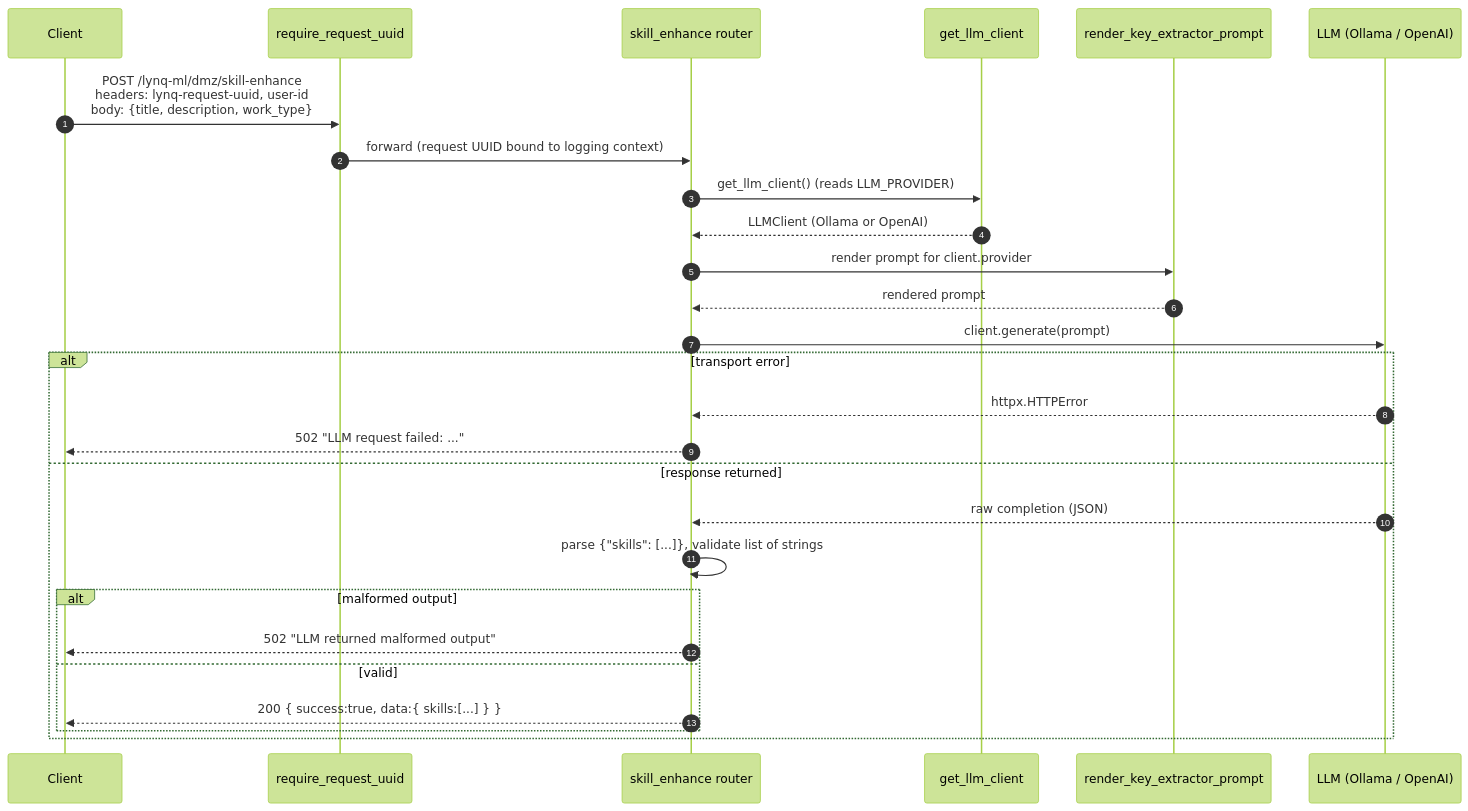
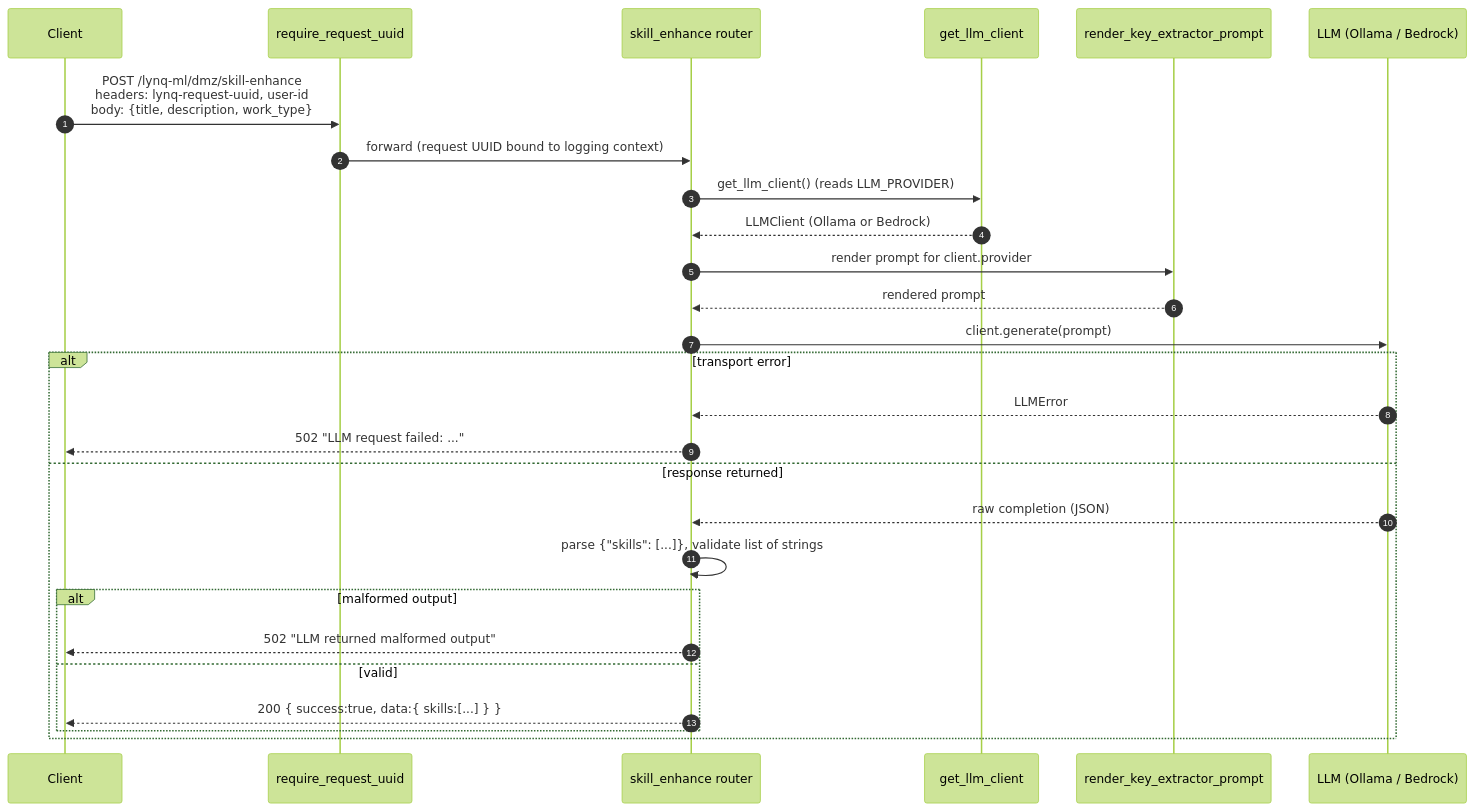
Before and after one commit to MatLock/UdeSA-lynq: the diagram in lynq-ml/README.md, drawn with Mermaid (forest theme). The commit also changed other lines of this file and 57 other files, not shown here.

````diff
--- a/lynq-ml/README.md
+++ b/lynq-ml/README.md
@@ -123,30 +123,30 @@
 ```mermaid
 sequenceDiagram
     autonumber
     participant C as Client
     participant M as require_request_uuid
     participant R as skill_enhance router
     participant F as get_llm_client
     participant P as render_key_extractor_prompt
-    participant L as LLM (Ollama / OpenAI)
+    participant L as LLM (Ollama / Bedrock)
 
     C->>M: POST /lynq-ml/dmz/skill-enhance<br/>headers: lynq-request-uuid, user-id<br/>body: {title, description, work_type}
     M->>R: forward (request UUID bound to logging context)
     R->>F: get_llm_client()  (reads LLM_PROVIDER)
-    F-->>R: LLMClient (Ollama or OpenAI)
+    F-->>R: LLMClient (Ollama or Bedrock)
     R->>P: render prompt for client.provider
     P-->>R: rendered prompt
     R->>L: client.generate(prompt)
     alt transport error
-        L-->>R: httpx.HTTPError
+        L-->>R: LLMError
         R-->>C: 502 "LLM request failed: ..."
     else response returned
         L-->>R: raw completion (JSON)
         R->>R: parse {"skills": [...]}, validate list of strings
         alt malformed output
             R-->>C: 502 "LLM returned malformed output"
         else valid
             R-->>C: 200 { success:true, data:{ skills:[...] } }
         end
     end
 ```
````
